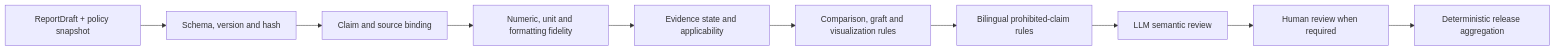
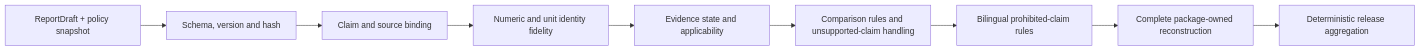
Before and after one commit to starvingarc/BRIDGE: the diagram in docs/bridge_spec_v0.1/claim_verifier_task_card.md, drawn with Mermaid. The commit also changed other lines of this file and 55 other files, not shown here.

First line of the commit message:
feat: package P0-10 claim verifier (#16)

````diff
--- a/docs/bridge_spec_v0.1/claim_verifier_task_card.md
+++ b/docs/bridge_spec_v0.1/claim_verifier_task_card.md
@@ -143,12 +152,11 @@
 ```mermaid
 flowchart LR
     A["ReportDraft + policy snapshot"] --> B["Schema, version and hash"]
     B --> C["Claim and source binding"]
-    C --> D["Numeric, unit and formatting fidelity"]
+    C --> D["Numeric and unit identity fidelity"]
     D --> E["Evidence state and applicability"]
-    E --> F["Comparison, graft and visualization rules"]
+    E --> F["Comparison rules and unsupported-claim handling"]
     F --> G["Bilingual prohibited-claim rules"]
-    G --> H["LLM semantic review"]
-    H --> I["Human review when required"]
-    I --> J["Deterministic release aggregation"]
+    G --> H["Complete package-owned reconstruction"]
+    H --> I["Deterministic release aggregation"]
 ```
````
